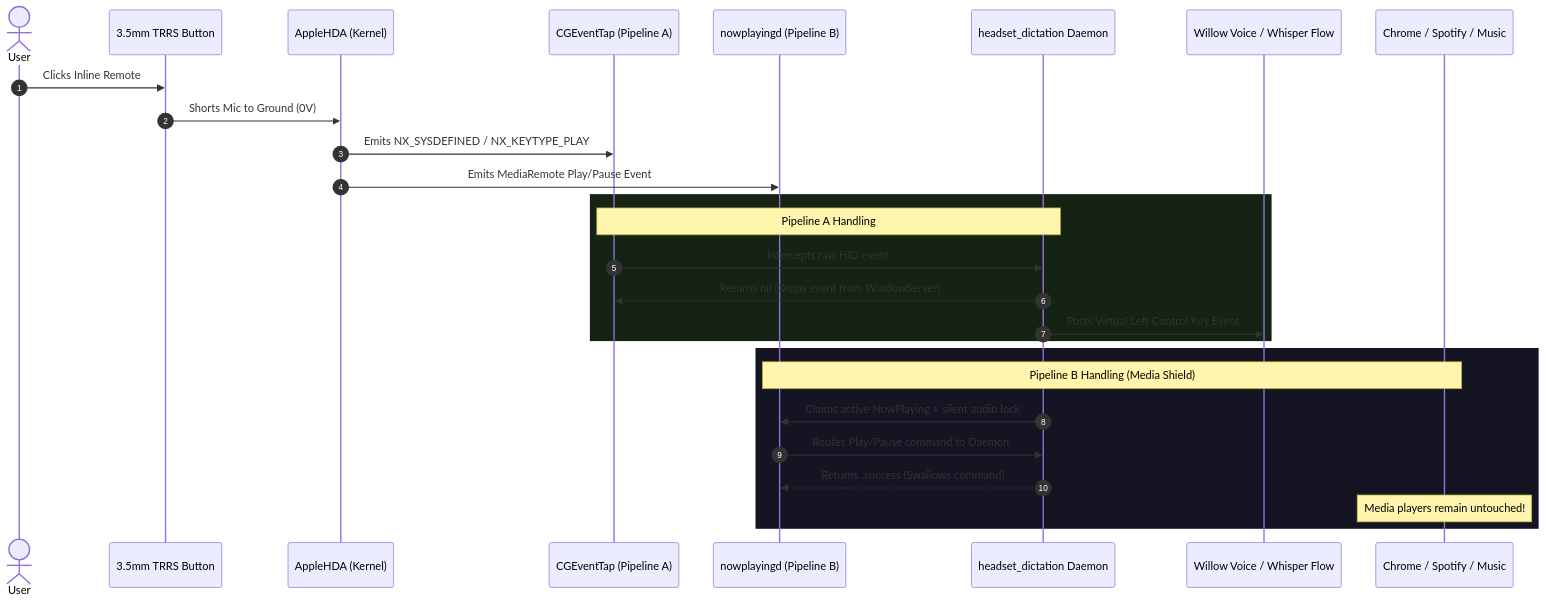
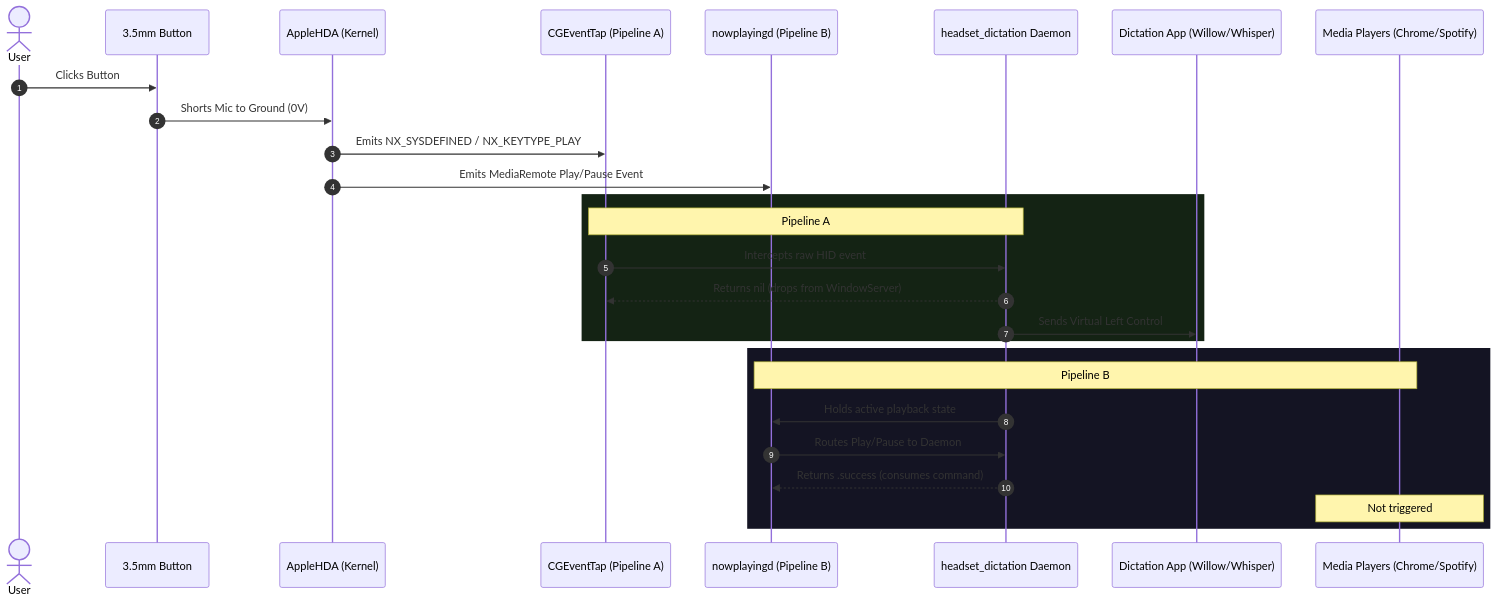
The first of 2 diagrams in README.md (matgCodes/headset-dictation), drawn with Mermaid before and after one commit. The commit also changed other lines of this file and 1 other file, not shown here.

````diff
--- a/README.md
+++ b/README.md
@@ -115,32 +104,32 @@
 ```mermaid
 sequenceDiagram
     autonumber
     actor User
-    participant Headset as 3.5mm TRRS Button
+    participant Headset as 3.5mm Button
     participant Kernel as AppleHDA (Kernel)
     participant CG as CGEventTap (Pipeline A)
     participant NP as nowplayingd (Pipeline B)
     participant Daemon as headset_dictation Daemon
-    participant Willow as Willow Voice / Whisper Flow
-    participant Media as Chrome / Spotify / Music
+    participant App as Dictation App (Willow/Whisper)
+    participant Media as Media Players (Chrome/Spotify)
 
-    User->>Headset: Clicks Inline Remote
+    User->>Headset: Clicks Button
     Headset->>Kernel: Shorts Mic to Ground (0V)
     Kernel->>CG: Emits NX_SYSDEFINED / NX_KEYTYPE_PLAY
     Kernel->>NP: Emits MediaRemote Play/Pause Event
     
     rect rgb(20, 35, 20)
-        Note over CG,Daemon: Pipeline A Handling
+        Note over CG,Daemon: Pipeline A
         CG->>Daemon: Intercepts raw HID event
-        Daemon-->>CG: Returns nil (Drops event from WindowServer)
-        Daemon->>Willow: Posts Virtual Left Control Key Event
+        Daemon-->>CG: Returns nil (drops from WindowServer)
+        Daemon->>App: Sends Virtual Left Control
     end
 
     rect rgb(20, 20, 35)
-        Note over NP,Media: Pipeline B Handling (Media Shield)
-        Daemon->>NP: Claims active NowPlaying + silent audio lock
-        NP->>Daemon: Routes Play/Pause command to Daemon
-        Daemon-->>NP: Returns .success (Swallows command)
-        Note over Media: Media players remain untouched!
+        Note over NP,Media: Pipeline B
+        Daemon->>NP: Holds active playback state
+        NP->>Daemon: Routes Play/Pause to Daemon
+        Daemon-->>NP: Returns .success (consumes command)
+        Note over Media: Not triggered
     end
 ```
````
